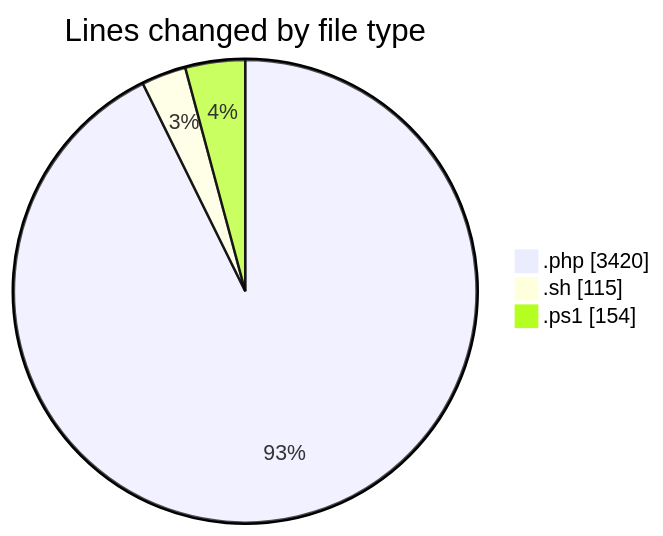
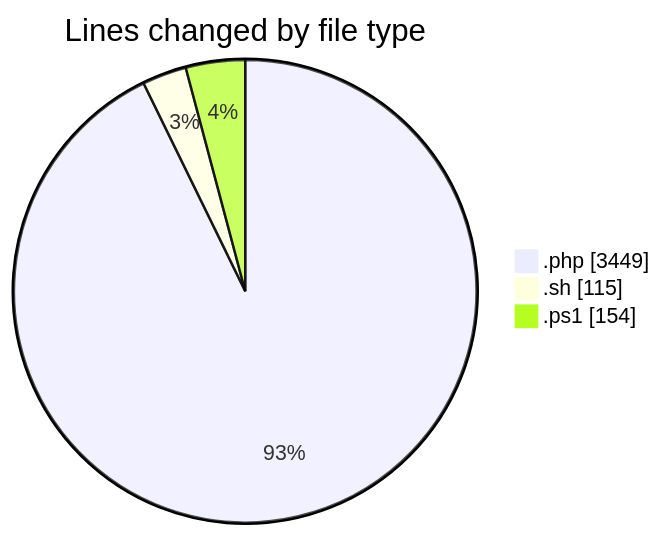
The first of 2 diagrams in 2025-10-06/untitled__workspace_/README.md (debugP/code-tracking), drawn with Mermaid before and after one commit. The commit also changed other lines of this file and 1 other file, not shown here.

````diff
--- a/2025-10-06/untitled__workspace_/README.md
+++ b/2025-10-06/untitled__workspace_/README.md
@@ -27,7 +27,7 @@
 ```mermaid
 pie showData
 title Lines changed by file type
-".php" : 3420
+".php" : 3449
 ".sh" : 115
 ".ps1" : 154
 ```
````
